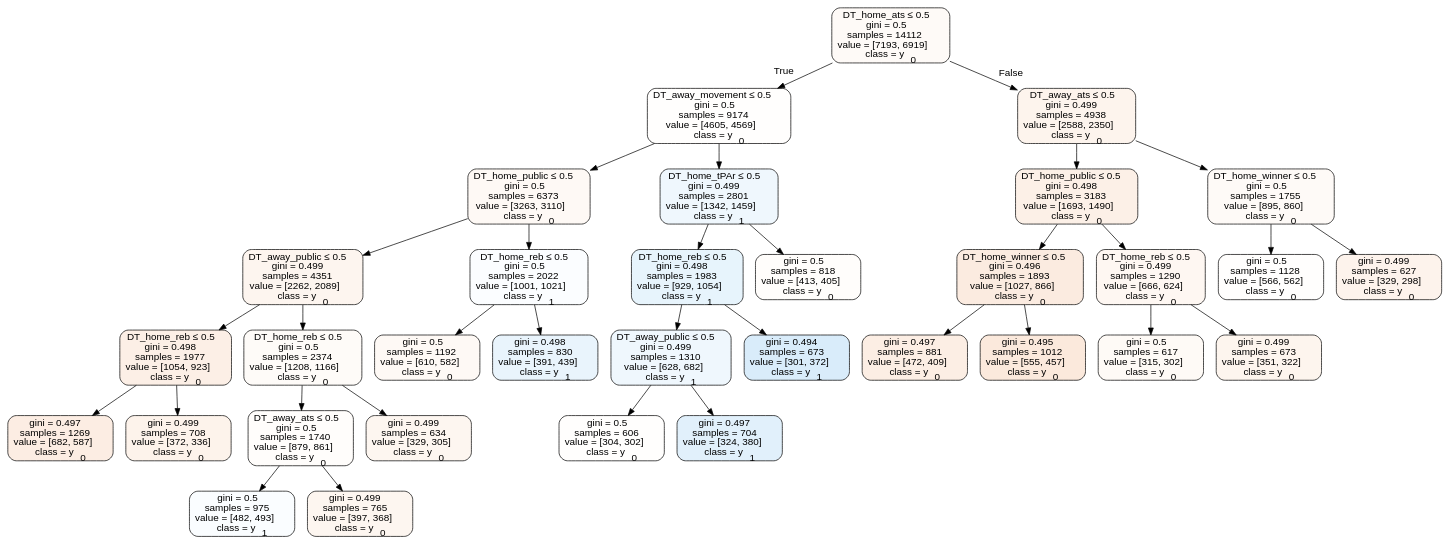
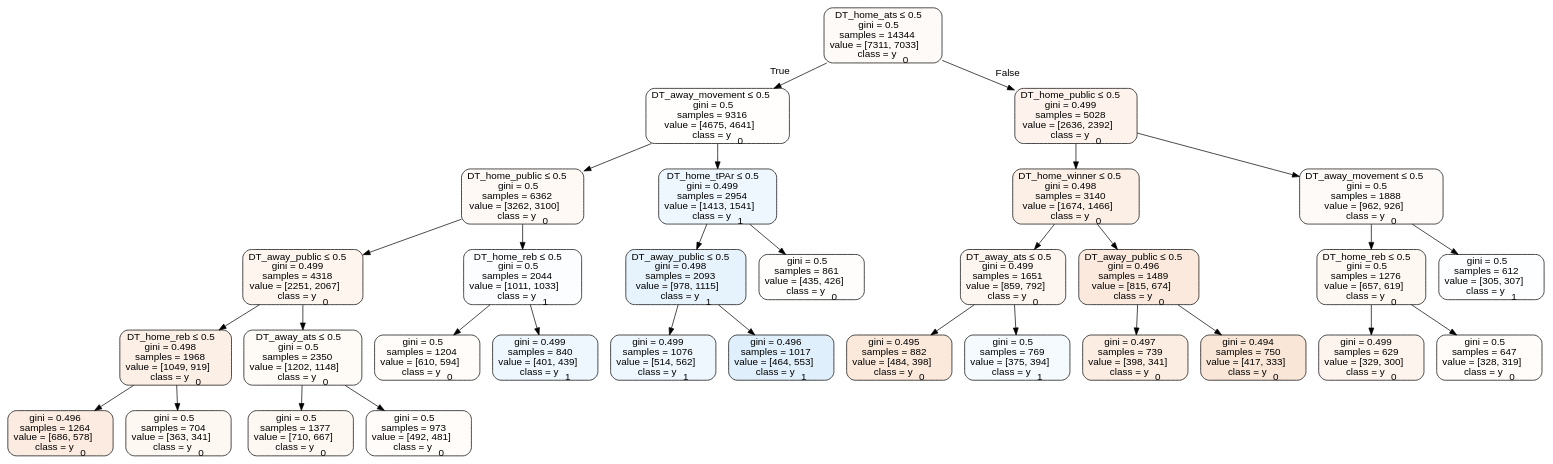
One commit to usbogie/ncaa-bets changed the diagram in Basketball/data/trees/tree2012home.dot. Above: the diagram before and after it, drawn with Graphviz. The commit also changed 23 other files, not shown here.

```diff
--- a/Basketball/data/trees/tree2012home.dot
+++ b/Basketball/data/trees/tree2012home.dot
@@ -1,69 +1,65 @@
 digraph Tree {
 node [shape=box, style="filled, rounded", color="black", fontname=helvetica] ;
 edge [fontname=helvetica] ;
-0 [label=<DT_home_ats &le; 0.5<br/>gini = 0.5<br/>samples = 14112<br/>value = [7193, 6919]<br/>class = y<SUB>0</SUB>>, fillcolor="#e581390a"] ;
-1 [label=<DT_away_movement &le; 0.5<br/>gini = 0.5<br/>samples = 9174<br/>value = [4605, 4569]<br/>class = y<SUB>0</SUB>>, fillcolor="#e5813902"] ;
+0 [label=<DT_home_ats &le; 0.5<br/>gini = 0.5<br/>samples = 14344<br/>value = [7311, 7033]<br/>class = y<SUB>0</SUB>>, fillcolor="#e581390a"] ;
+1 [label=<DT_away_movement &le; 0.5<br/>gini = 0.5<br/>samples = 9316<br/>value = [4675, 4641]<br/>class = y<SUB>0</SUB>>, fillcolor="#e5813902"] ;
 0 -> 1 [labeldistance=2.5, labelangle=45, headlabel="True"] ;
-2 [label=<DT_home_public &le; 0.5<br/>gini = 0.5<br/>samples = 6373<br/>value = [3263, 3110]<br/>class = y<SUB>0</SUB>>, fillcolor="#e581390c"] ;
+2 [label=<DT_home_public &le; 0.5<br/>gini = 0.5<br/>samples = 6362<br/>value = [3262, 3100]<br/>class = y<SUB>0</SUB>>, fillcolor="#e581390d"] ;
 1 -> 2 ;
-3 [label=<DT_away_public &le; 0.5<br/>gini = 0.499<br/>samples = 4351<br/>value = [2262, 2089]<br/>class = y<SUB>0</SUB>>, fillcolor="#e5813914"] ;
+3 [label=<DT_away_public &le; 0.5<br/>gini = 0.499<br/>samples = 4318<br/>value = [2251, 2067]<br/>class = y<SUB>0</SUB>>, fillcolor="#e5813915"] ;
 2 -> 3 ;
-4 [label=<DT_home_reb &le; 0.5<br/>gini = 0.498<br/>samples = 1977<br/>value = [1054, 923]<br/>class = y<SUB>0</SUB>>, fillcolor="#e5813920"] ;
+4 [label=<DT_home_reb &le; 0.5<br/>gini = 0.498<br/>samples = 1968<br/>value = [1049, 919]<br/>class = y<SUB>0</SUB>>, fillcolor="#e5813920"] ;
 3 -> 4 ;
-5 [label=<gini = 0.497<br/>samples = 1269<br/>value = [682, 587]<br/>class = y<SUB>0</SUB>>, fillcolor="#e5813924"] ;
+5 [label=<gini = 0.496<br/>samples = 1264<br/>value = [686, 578]<br/>class = y<SUB>0</SUB>>, fillcolor="#e5813928"] ;
 4 -> 5 ;
-6 [label=<gini = 0.499<br/>samples = 708<br/>value = [372, 336]<br/>class = y<SUB>0</SUB>>, fillcolor="#e5813919"] ;
+6 [label=<gini = 0.5<br/>samples = 704<br/>value = [363, 341]<br/>class = y<SUB>0</SUB>>, fillcolor="#e581390f"] ;
 4 -> 6 ;
-7 [label=<DT_home_reb &le; 0.5<br/>gini = 0.5<br/>samples = 2374<br/>value = [1208, 1166]<br/>class = y<SUB>0</SUB>>, fillcolor="#e5813909"] ;
+7 [label=<DT_away_ats &le; 0.5<br/>gini = 0.5<br/>samples = 2350<br/>value = [1202, 1148]<br/>class = y<SUB>0</SUB>>, fillcolor="#e581390b"] ;
 3 -> 7 ;
-8 [label=<DT_away_ats &le; 0.5<br/>gini = 0.5<br/>samples = 1740<br/>value = [879, 861]<br/>class = y<SUB>0</SUB>>, fillcolor="#e5813905"] ;
+8 [label=<gini = 0.5<br/>samples = 1377<br/>value = [710, 667]<br/>class = y<SUB>0</SUB>>, fillcolor="#e581390f"] ;
 7 -> 8 ;
-9 [label=<gini = 0.5<br/>samples = 975<br/>value = [482, 493]<br/>class = y<SUB>1</SUB>>, fillcolor="#399de506"] ;
-8 -> 9 ;
-10 [label=<gini = 0.499<br/>samples = 765<br/>value = [397, 368]<br/>class = y<SUB>0</SUB>>, fillcolor="#e5813913"] ;
-8 -> 10 ;
-11 [label=<gini = 0.499<br/>samples = 634<br/>value = [329, 305]<br/>class = y<SUB>0</SUB>>, fillcolor="#e5813913"] ;
-7 -> 11 ;
-12 [label=<DT_home_reb &le; 0.5<br/>gini = 0.5<br/>samples = 2022<br/>value = [1001, 1021]<br/>class = y<SUB>1</SUB>>, fillcolor="#399de505"] ;
-2 -> 12 ;
-13 [label=<gini = 0.5<br/>samples = 1192<br/>value = [610, 582]<br/>class = y<SUB>0</SUB>>, fillcolor="#e581390c"] ;
-12 -> 13 ;
-14 [label=<gini = 0.498<br/>samples = 830<br/>value = [391, 439]<br/>class = y<SUB>1</SUB>>, fillcolor="#399de51c"] ;
-12 -> 14 ;
-15 [label=<DT_home_tPAr &le; 0.5<br/>gini = 0.499<br/>samples = 2801<br/>value = [1342, 1459]<br/>class = y<SUB>1</SUB>>, fillcolor="#399de514"] ;
-1 -> 15 ;
-16 [label=<DT_home_reb &le; 0.5<br/>gini = 0.498<br/>samples = 1983<br/>value = [929, 1054]<br/>class = y<SUB>1</SUB>>, fillcolor="#399de51e"] ;
-15 -> 16 ;
-17 [label=<DT_away_public &le; 0.5<br/>gini = 0.499<br/>samples = 1310<br/>value = [628, 682]<br/>class = y<SUB>1</SUB>>, fillcolor="#399de514"] ;
-16 -> 17 ;
-18 [label=<gini = 0.5<br/>samples = 606<br/>value = [304, 302]<br/>class = y<SUB>0</SUB>>, fillcolor="#e5813902"] ;
-17 -> 18 ;
-19 [label=<gini = 0.497<br/>samples = 704<br/>value = [324, 380]<br/>class = y<SUB>1</SUB>>, fillcolor="#399de526"] ;
-17 -> 19 ;
-20 [label=<gini = 0.494<br/>samples = 673<br/>value = [301, 372]<br/>class = y<SUB>1</SUB>>, fillcolor="#399de531"] ;
-16 -> 20 ;
-21 [label=<gini = 0.5<br/>samples = 818<br/>value = [413, 405]<br/>class = y<SUB>0</SUB>>, fillcolor="#e5813905"] ;
-15 -> 21 ;
-22 [label=<DT_away_ats &le; 0.5<br/>gini = 0.499<br/>samples = 4938<br/>value = [2588, 2350]<br/>class = y<SUB>0</SUB>>, fillcolor="#e5813917"] ;
-0 -> 22 [labeldistance=2.5, labelangle=-45, headlabel="False"] ;
-23 [label=<DT_home_public &le; 0.5<br/>gini = 0.498<br/>samples = 3183<br/>value = [1693, 1490]<br/>class = y<SUB>0</SUB>>, fillcolor="#e581391f"] ;
-22 -> 23 ;
-24 [label=<DT_home_winner &le; 0.5<br/>gini = 0.496<br/>samples = 1893<br/>value = [1027, 866]<br/>class = y<SUB>0</SUB>>, fillcolor="#e5813928"] ;
+9 [label=<gini = 0.5<br/>samples = 973<br/>value = [492, 481]<br/>class = y<SUB>0</SUB>>, fillcolor="#e5813906"] ;
+7 -> 9 ;
+10 [label=<DT_home_reb &le; 0.5<br/>gini = 0.5<br/>samples = 2044<br/>value = [1011, 1033]<br/>class = y<SUB>1</SUB>>, fillcolor="#399de505"] ;
+2 -> 10 ;
+11 [label=<gini = 0.5<br/>samples = 1204<br/>value = [610, 594]<br/>class = y<SUB>0</SUB>>, fillcolor="#e5813907"] ;
+10 -> 11 ;
+12 [label=<gini = 0.499<br/>samples = 840<br/>value = [401, 439]<br/>class = y<SUB>1</SUB>>, fillcolor="#399de516"] ;
+10 -> 12 ;
+13 [label=<DT_home_tPAr &le; 0.5<br/>gini = 0.499<br/>samples = 2954<br/>value = [1413, 1541]<br/>class = y<SUB>1</SUB>>, fillcolor="#399de515"] ;
+1 -> 13 ;
+14 [label=<DT_away_public &le; 0.5<br/>gini = 0.498<br/>samples = 2093<br/>value = [978, 1115]<br/>class = y<SUB>1</SUB>>, fillcolor="#399de51f"] ;
+13 -> 14 ;
+15 [label=<gini = 0.499<br/>samples = 1076<br/>value = [514, 562]<br/>class = y<SUB>1</SUB>>, fillcolor="#399de516"] ;
+14 -> 15 ;
+16 [label=<gini = 0.496<br/>samples = 1017<br/>value = [464, 553]<br/>class = y<SUB>1</SUB>>, fillcolor="#399de529"] ;
+14 -> 16 ;
+17 [label=<gini = 0.5<br/>samples = 861<br/>value = [435, 426]<br/>class = y<SUB>0</SUB>>, fillcolor="#e5813905"] ;
+13 -> 17 ;
+18 [label=<DT_home_public &le; 0.5<br/>gini = 0.499<br/>samples = 5028<br/>value = [2636, 2392]<br/>class = y<SUB>0</SUB>>, fillcolor="#e5813918"] ;
+0 -> 18 [labeldistance=2.5, labelangle=-45, headlabel="False"] ;
+19 [label=<DT_home_winner &le; 0.5<br/>gini = 0.498<br/>samples = 3140<br/>value = [1674, 1466]<br/>class = y<SUB>0</SUB>>, fillcolor="#e5813920"] ;
+18 -> 19 ;
+20 [label=<DT_away_ats &le; 0.5<br/>gini = 0.499<br/>samples = 1651<br/>value = [859, 792]<br/>class = y<SUB>0</SUB>>, fillcolor="#e5813914"] ;
+19 -> 20 ;
+21 [label=<gini = 0.495<br/>samples = 882<br/>value = [484, 398]<br/>class = y<SUB>0</SUB>>, fillcolor="#e581392d"] ;
+20 -> 21 ;
+22 [label=<gini = 0.5<br/>samples = 769<br/>value = [375, 394]<br/>class = y<SUB>1</SUB>>, fillcolor="#399de50c"] ;
+20 -> 22 ;
+23 [label=<DT_away_public &le; 0.5<br/>gini = 0.496<br/>samples = 1489<br/>value = [815, 674]<br/>class = y<SUB>0</SUB>>, fillcolor="#e581392c"] ;
+19 -> 23 ;
+24 [label=<gini = 0.497<br/>samples = 739<br/>value = [398, 341]<br/>class = y<SUB>0</SUB>>, fillcolor="#e5813925"] ;
 23 -> 24 ;
-25 [label=<gini = 0.497<br/>samples = 881<br/>value = [472, 409]<br/>class = y<SUB>0</SUB>>, fillcolor="#e5813922"] ;
-24 -> 25 ;
-26 [label=<gini = 0.495<br/>samples = 1012<br/>value = [555, 457]<br/>class = y<SUB>0</SUB>>, fillcolor="#e581392d"] ;
-24 -> 26 ;
-27 [label=<DT_home_reb &le; 0.5<br/>gini = 0.499<br/>samples = 1290<br/>value = [666, 624]<br/>class = y<SUB>0</SUB>>, fillcolor="#e5813910"] ;
-23 -> 27 ;
-28 [label=<gini = 0.5<br/>samples = 617<br/>value = [315, 302]<br/>class = y<SUB>0</SUB>>, fillcolor="#e581390b"] ;
+25 [label=<gini = 0.494<br/>samples = 750<br/>value = [417, 333]<br/>class = y<SUB>0</SUB>>, fillcolor="#e5813933"] ;
+23 -> 25 ;
+26 [label=<DT_away_movement &le; 0.5<br/>gini = 0.5<br/>samples = 1888<br/>value = [962, 926]<br/>class = y<SUB>0</SUB>>, fillcolor="#e581390a"] ;
+18 -> 26 ;
+27 [label=<DT_home_reb &le; 0.5<br/>gini = 0.5<br/>samples = 1276<br/>value = [657, 619]<br/>class = y<SUB>0</SUB>>, fillcolor="#e581390f"] ;
+26 -> 27 ;
+28 [label=<gini = 0.499<br/>samples = 629<br/>value = [329, 300]<br/>class = y<SUB>0</SUB>>, fillcolor="#e5813916"] ;
 27 -> 28 ;
-29 [label=<gini = 0.499<br/>samples = 673<br/>value = [351, 322]<br/>class = y<SUB>0</SUB>>, fillcolor="#e5813915"] ;
+29 [label=<gini = 0.5<br/>samples = 647<br/>value = [328, 319]<br/>class = y<SUB>0</SUB>>, fillcolor="#e5813907"] ;
 27 -> 29 ;
-30 [label=<DT_home_winner &le; 0.5<br/>gini = 0.5<br/>samples = 1755<br/>value = [895, 860]<br/>class = y<SUB>0</SUB>>, fillcolor="#e581390a"] ;
-22 -> 30 ;
-31 [label=<gini = 0.5<br/>samples = 1128<br/>value = [566, 562]<br/>class = y<SUB>0</SUB>>, fillcolor="#e5813902"] ;
-30 -> 31 ;
-32 [label=<gini = 0.499<br/>samples = 627<br/>value = [329, 298]<br/>class = y<SUB>0</SUB>>, fillcolor="#e5813918"] ;
-30 -> 32 ;
+30 [label=<gini = 0.5<br/>samples = 612<br/>value = [305, 307]<br/>class = y<SUB>1</SUB>>, fillcolor="#399de502"] ;
+26 -> 30 ;
 }
```
